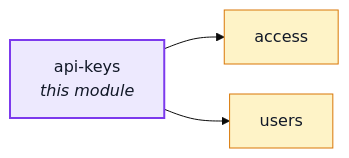
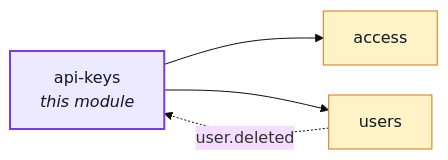
The first of 2 diagrams in docs/modules/api-keys.md (Guebbit/boilerplate-node-backend), drawn with Mermaid (base theme) before and after one commit. The commit also changed 1 other file, not shown here.

Commit message:
docs(api-keys): regenerate the module graph for the erasure subscription
Mechanical output of npm run regenerate, tied to the previous commit's
USER_DELETED subscription. --no-verify: the full gate (including contract
and fuzz) just ran clean against this exact tree in the previous commit;
this is a docs-only regeneration with no behavioural change.

````diff
--- a/docs/modules/api-keys.md
+++ b/docs/modules/api-keys.md
@@ -20,17 +20,18 @@
 ```mermaid
 %%{init: {'flowchart': {'nodeSpacing': 30, 'rankSpacing': 60}}}%%
 flowchart LR
     api_keys["api-keys<br/><i>this module</i>"]
     access["access"]
     users["users"]
 
     api_keys --> access
     api_keys --> users
+    users -. "user.deleted" .-> api_keys
 
     classDef core fill:#dbeafe,stroke:#2563eb,color:#111827;
     classDef supporting fill:#fef3c7,stroke:#d97706,color:#111827;
     classDef generic fill:#dcfce7,stroke:#16a34a,color:#111827;
     classDef centre fill:#ede9fe,stroke:#7c3aed,stroke-width:2px,color:#111827;
     class access,users supporting;
     class api_keys centre;
 ```
````
